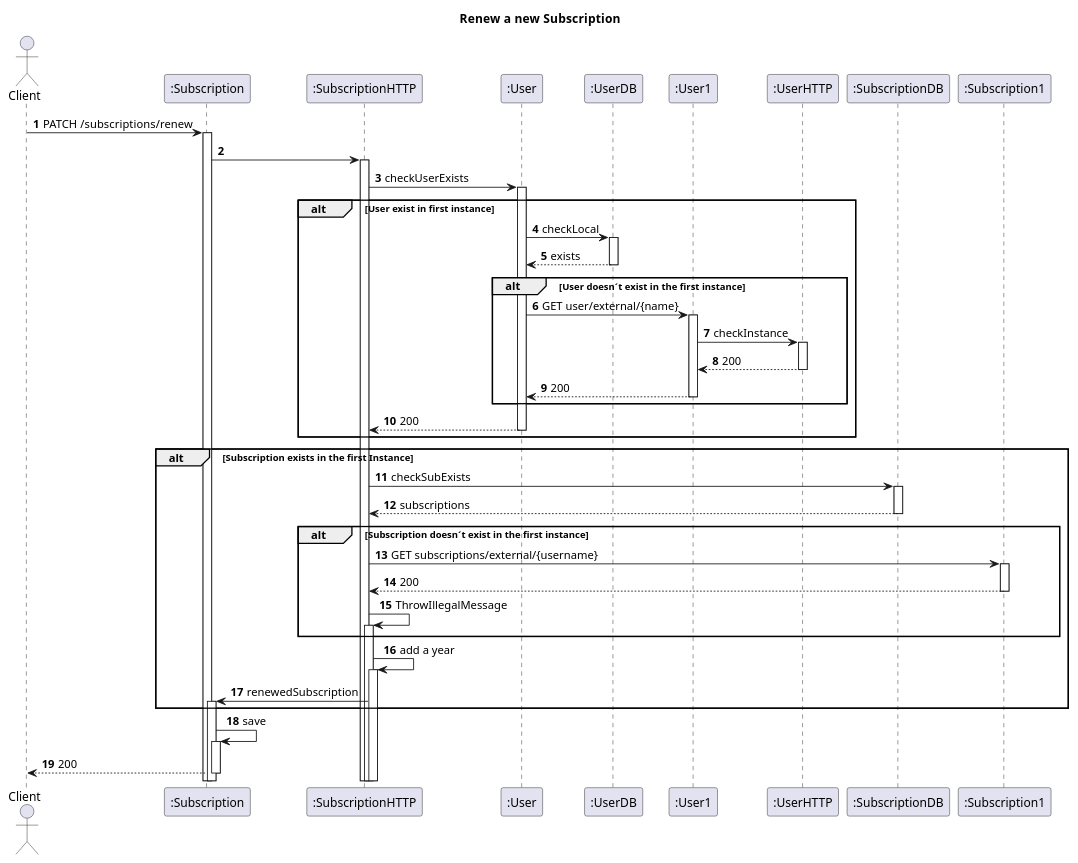
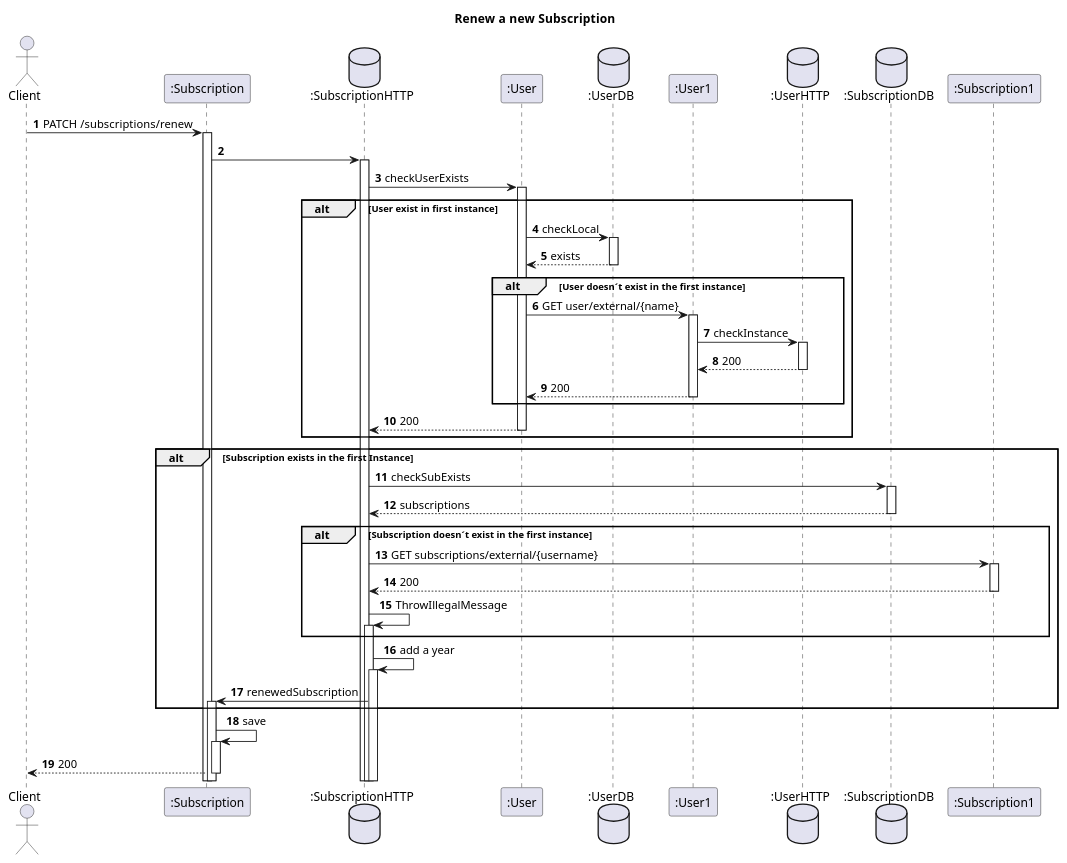
One commit to IsepMartimOliveira/SIDIS changed the diagram in docs_sidis/Subs/Vista Logica/N3/RenewSubs.puml. Above: the diagram before and after it, drawn with PlantUML. The commit also changed 13 other files, not shown here.

```diff
--- a/docs_sidis/Subs/Vista Logica/N3/RenewSubs.puml
+++ b/docs_sidis/Subs/Vista Logica/N3/RenewSubs.puml
@@ -1,52 +1,52 @@
 @startuml
 'https://plantuml.com/sequence-diagram
 autoactivate on
 autonumber
 title  Renew  a new Subscription
 
 autonumber
 
 actor "Client" as Ac
 participant ":Subscription" as Auth
-participant ":SubscriptionHTTP" as SHTTP
+database ":SubscriptionHTTP" as SHTTP
 participant ":User" as User
-participant ":UserDB" as UDB
+database ":UserDB" as UDB
 participant ":User1" as User1
-participant ":UserHTTP" as UHTTP
-participant ":SubscriptionDB" as SDB
+database ":UserHTTP" as UHTTP
+database ":SubscriptionDB" as SDB
 participant ":Subscription1" as Serv
 
 
 Ac->Auth:  PATCH /subscriptions/renew
 Auth->SHTTP:
 SHTTP->User:checkUserExists
 alt User exist in first instance
 User->UDB:checkLocal
 UDB-->User:exists
 alt User doesn´t exist in the first instance
 User->User1:GET user/external/{name}
 User1->UHTTP:checkInstance
 UHTTP-->User1:200
 User1-->User:200
 end
 User-->SHTTP:200
 
 end
 
 alt Subscription exists in the first Instance
 SHTTP->SDB:checkSubExists
 SDB-->SHTTP:subscriptions
 alt Subscription doesn´t exist in the first instance
 SHTTP->Serv:GET subscriptions/external/{username}
 Serv-->SHTTP:200
 SHTTP->SHTTP:ThrowIllegalMessage
 end
 SHTTP->SHTTP:add a year
 SHTTP->Auth:renewedSubscription
 
 end
 
 
 Auth->Auth:save
 Auth-->Ac:200
 @enduml
```
